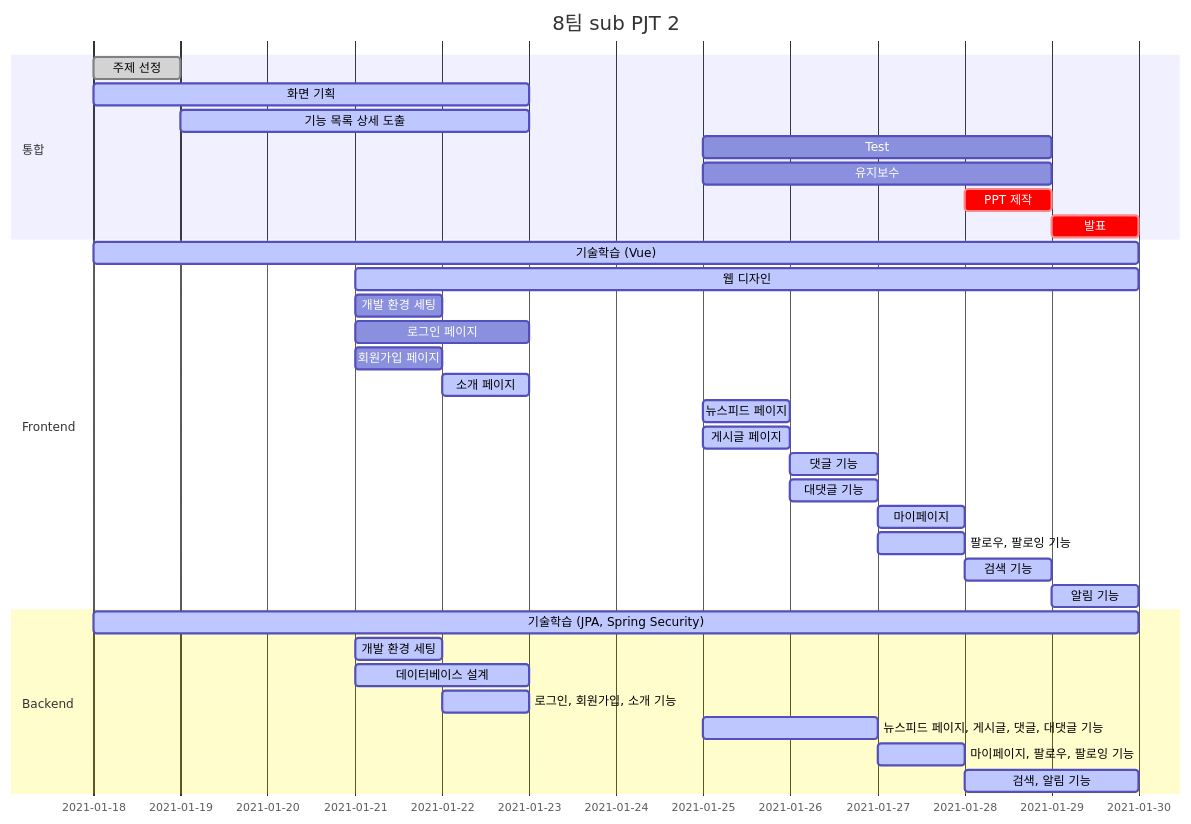
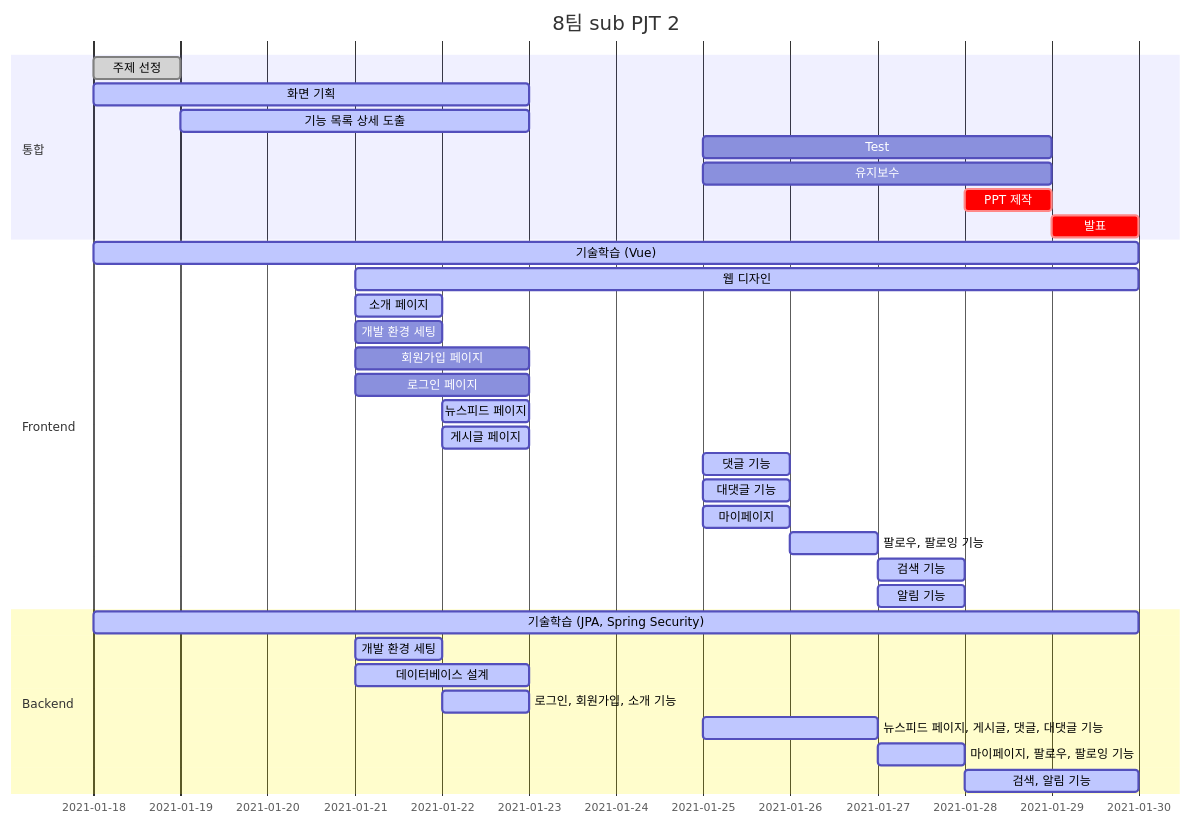
One commit to mingddo/3PM changed the diagram in README.md. Above: the diagram before and after it, drawn with Mermaid.

````diff
--- a/README.md
+++ b/README.md
@@ -16,39 +16,39 @@
 ```mermaid
 gantt
     dateFormat  YYYY-MM-DD
     title       8팀 sub PJT 2
 
     section 통합
     주제 선정 :done,    2021-01-18, 1d
     화면 기획 :active,    2021-01-18, 5d
     기능 목록 상세 도출 :active,  2021-01-19, 4d
     Test :after, 2021-01-25, 4d
     유지보수 :after, 2021-01-25, 4d
     PPT 제작 :crit, after, 2021-01-28, 1d
     발표 :crit, after, 2021-01-29, 1d
     
     section Frontend
     기술학습 (Vue) :active, 2021-01-18, 12d
     웹 디자인 :active, 2021-01-21, 9d
+    소개 페이지 :active, 2021-01-21, 1d
     개발 환경 세팅 :after, 2021-01-21, 1d
+    회원가입 페이지 :after, 2021-01-21, 2d
     로그인 페이지 :after, 2021-01-21, 2d
-    회원가입 페이지 :after, 2021-01-21, 1d
-    소개 페이지 :active, 2021-01-22, 1d
-    뉴스피드 페이지 :active, 2021-01-25, 1d
-    게시글 페이지 :active, 2021-01-25, 1d
-    댓글 기능 :active, 2021-01-26, 1d
-    대댓글 기능 :active, 2021-01-26, 1d
-    마이페이지 :active, 2021-01-27, 1d
-    팔로우, 팔로잉 기능 :active, 2021-01-27, 1d
-    검색 기능 :active, 2021-01-28, 1d
-    알림 기능 :active, 2021-01-29, 1d
+    뉴스피드 페이지 :active, 2021-01-22, 1d
+    게시글 페이지 :active, 2021-01-22, 1d
+    댓글 기능 :active, 2021-01-25, 1d
+    대댓글 기능 :active, 2021-01-25, 1d
+    마이페이지 :active, 2021-01-25, 1d
+    팔로우, 팔로잉 기능 :active, 2021-01-26, 1d
+    검색 기능 :active, 2021-01-27, 1d
+    알림 기능 :active, 2021-01-27, 1d
 
     section Backend
     기술학습 (JPA, Spring Security)  :active, 2021-01-18, 12d
     개발 환경 세팅 : active, 2021-01-21, 1d
     데이터베이스 설계   : active, 2021-01-21, 2d
     로그인, 회원가입, 소개 기능   :active, 2021-01-22, 1d
     뉴스피드 페이지, 게시글, 댓글, 대댓글 기능    :active, 2021-01-25, 2d
     마이페이지, 팔로우, 팔로잉 기능 :active, 2021-01-27, 1d
     검색, 알림 기능 :active, 2021-01-28, 2d
 ```
````
